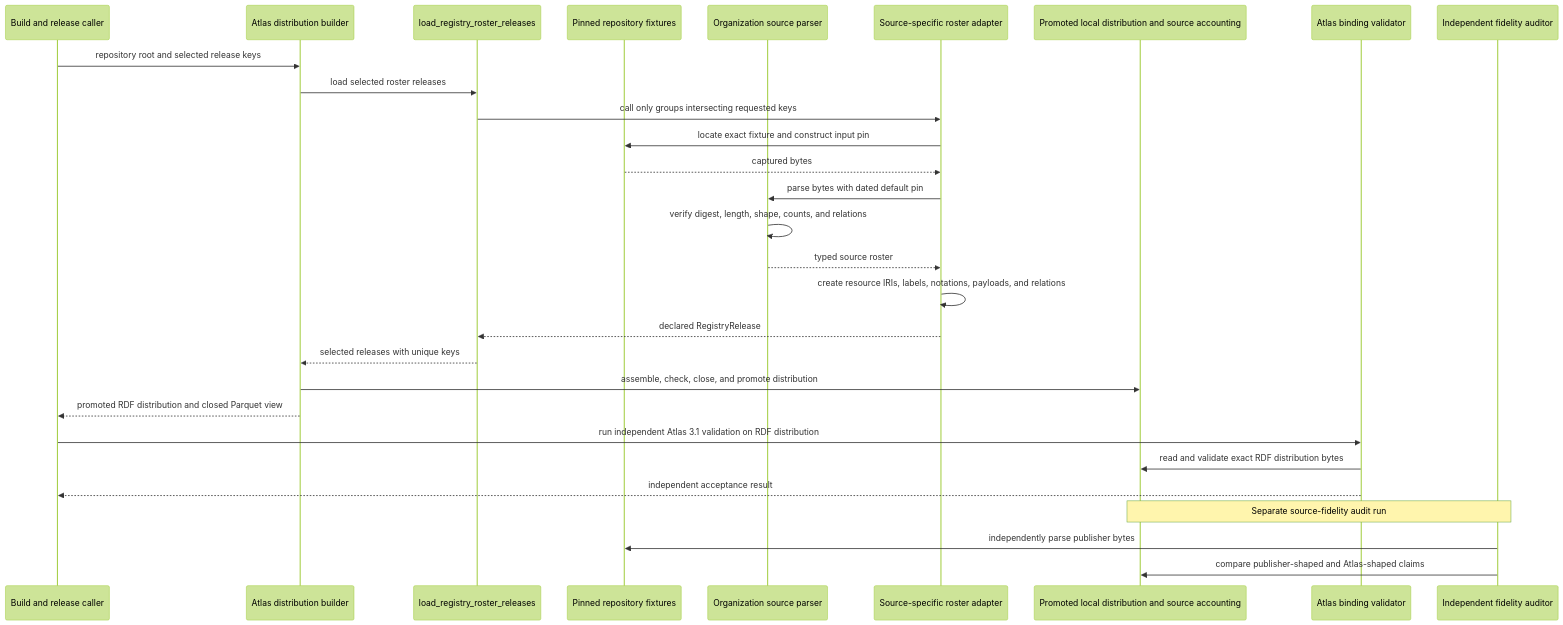
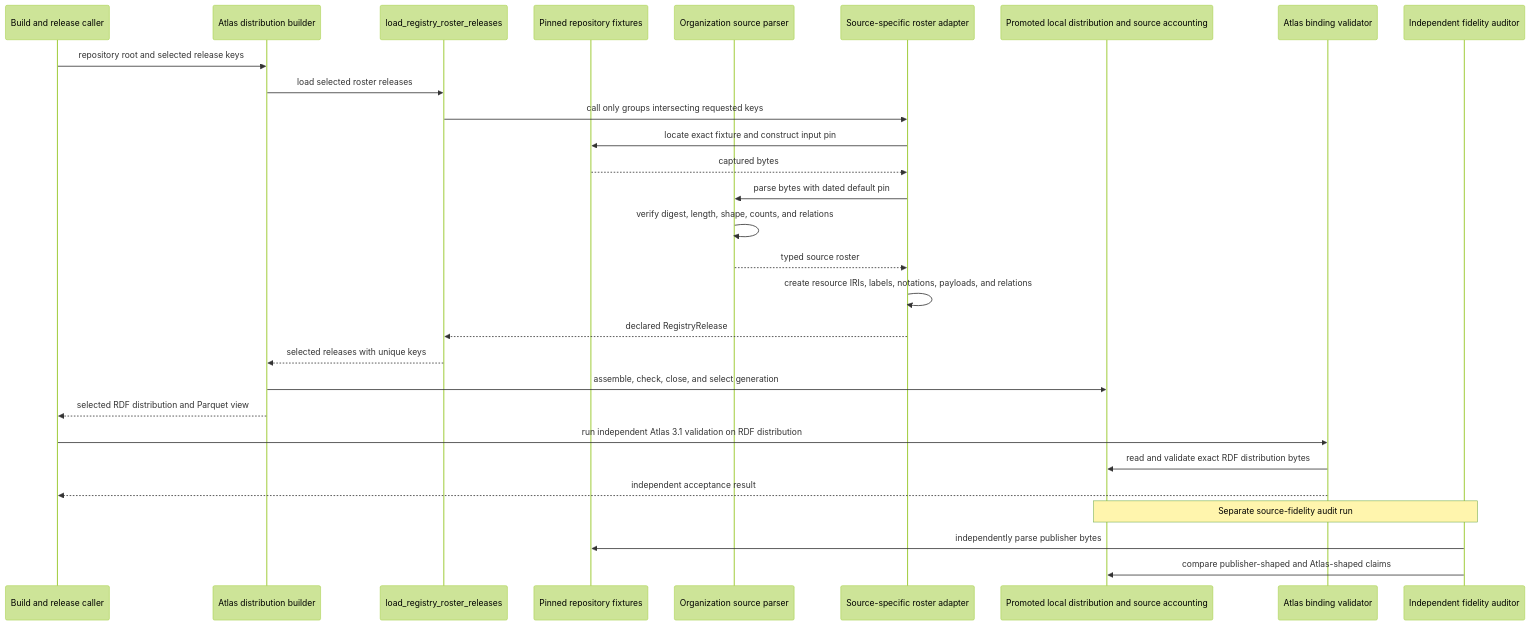
Before and after one commit to Formspec-Labs/RefSpec: the fifth of 6 diagrams in wiki/registry_organization_sources.md, drawn with Mermaid (forest theme). The commit also changed other lines of this file and 27 other files, not shown here.

````diff
--- a/wiki/registry_organization_sources.md
+++ b/wiki/registry_organization_sources.md
@@ -623,32 +623,32 @@
 ```mermaid
 sequenceDiagram
     participant C as Build and release caller
     participant G as Atlas distribution builder
     participant L as load_registry_roster_releases
     participant F as Pinned repository fixtures
     participant R as Organization source parser
     participant A as Source-specific roster adapter
     participant D as Promoted local distribution and source accounting
     participant V as Atlas binding validator
     participant S as Independent fidelity auditor
 
     C->>G: repository root and selected release keys
     G->>L: load selected roster releases
     L->>A: call only groups intersecting requested keys
     A->>F: locate exact fixture and construct input pin
     F-->>A: captured bytes
     A->>R: parse bytes with dated default pin
     R->>R: verify digest, length, shape, counts, and relations
     R-->>A: typed source roster
     A->>A: create resource IRIs, labels, notations, payloads, and relations
     A-->>L: declared RegistryRelease
     L-->>G: selected releases with unique keys
-    G->>D: assemble, check, close, and promote distribution
-    G-->>C: promoted RDF distribution and closed Parquet view
+    G->>D: assemble, check, close, and select generation
+    G-->>C: selected RDF distribution and Parquet view
     C->>V: run independent Atlas 3.1 validation on RDF distribution
     V->>D: read and validate exact RDF distribution bytes
     V-->>C: independent acceptance result
     Note over S,D: Separate source-fidelity audit run
     S->>F: independently parse publisher bytes
     S->>D: compare publisher-shaped and Atlas-shaped claims
 ```
````
